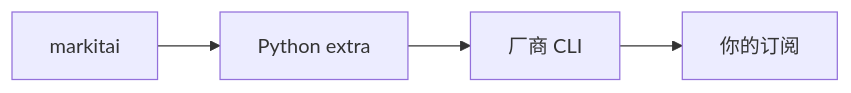
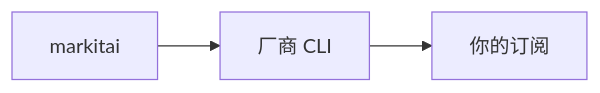
Before and after one commit to Ynewtime/markitai: the diagram in website/zh/guide/subscriptions.md, drawn with Mermaid. The commit also changed other lines of this file and 38 other files, not shown here.

````diff
--- a/website/zh/guide/subscriptions.md
+++ b/website/zh/guide/subscriptions.md
@@ -5,4 +5,4 @@
 ```mermaid
 flowchart LR
-  M[markitai] --> E[Python extra] --> C[厂商 CLI] --> S[你的订阅]
+  M[markitai] --> C[厂商 CLI] --> S[你的订阅]
 ```
````
